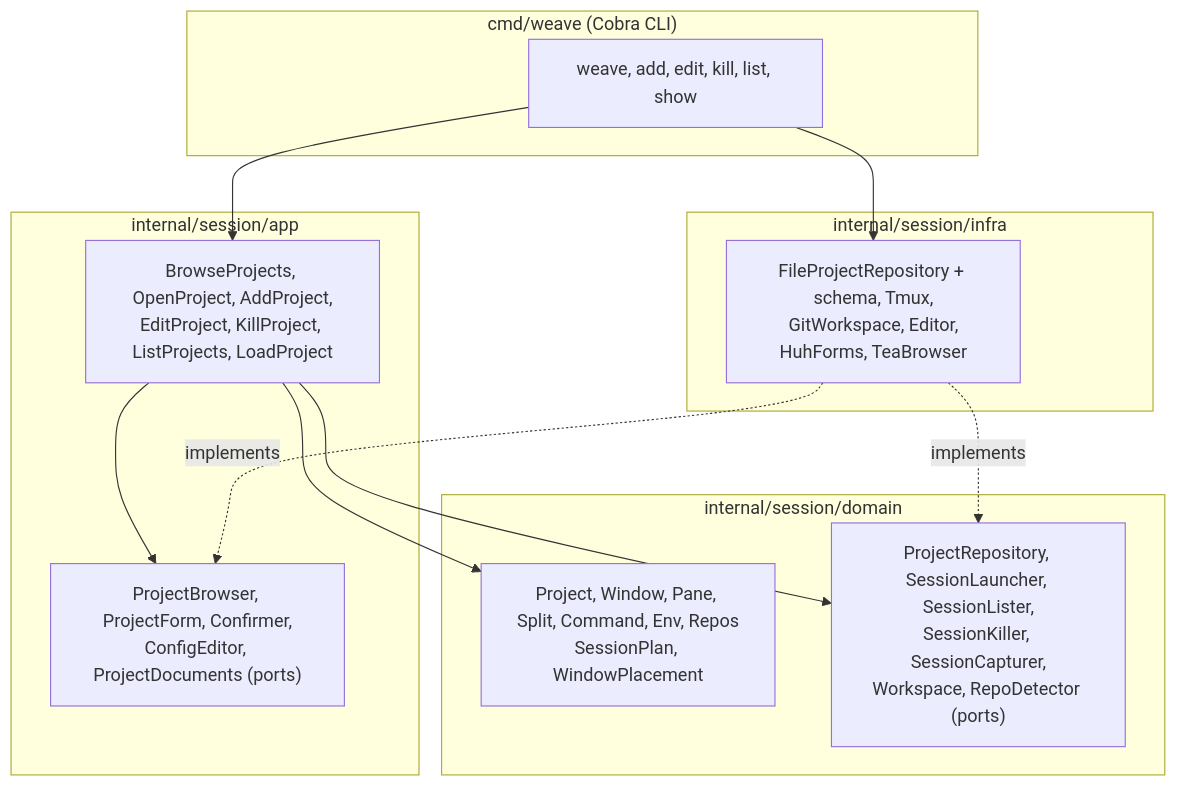
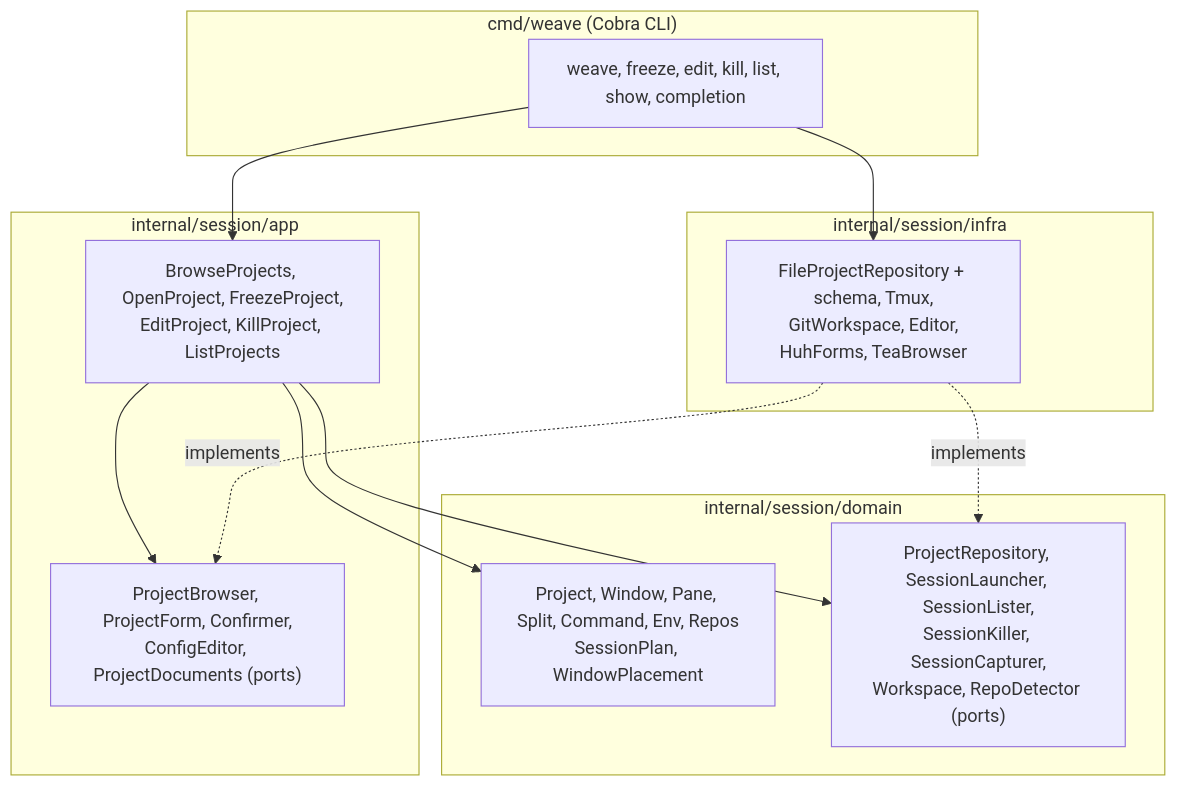
Before and after one commit to medilies/weaver: the diagram in README.md, drawn with Mermaid. The commit also changed other lines of this file and 9 other files, not shown here.

First line of the commit message:
feat(session)!: freeze from the browser with f, as weave freeze does

````diff
--- a/README.md
+++ b/README.md
@@ -200,25 +200,25 @@
 ```mermaid
 graph TD
     subgraph cmd["cmd/weave (Cobra CLI)"]
-        CLI["weave, add, edit, kill, list, show"]
+        CLI["weave, freeze, edit, kill, list, show, completion"]
     end
     subgraph app["internal/session/app"]
-        UC["BrowseProjects, OpenProject, AddProject,<br/>EditProject, KillProject, ListProjects, LoadProject"]
+        UC["BrowseProjects, OpenProject, FreezeProject,<br/>EditProject, KillProject, ListProjects"]
         AP["ProjectBrowser, ProjectForm, Confirmer,<br/>ConfigEditor, ProjectDocuments (ports)"]
     end
     subgraph domain["internal/session/domain"]
         M["Project, Window, Pane, Split, Command, Env, Repos<br/>SessionPlan, WindowPlacement"]
         DP["ProjectRepository, SessionLauncher, SessionLister,<br/>SessionKiller, SessionCapturer,<br/>Workspace, RepoDetector (ports)"]
     end
     subgraph infra["internal/session/infra"]
         A["FileProjectRepository + schema, Tmux,<br/>GitWorkspace, Editor,<br/>HuhForms, TeaBrowser"]
     end
 
     CLI --> UC
     CLI --> A
     UC --> M
     UC --> DP
     UC --> AP
     A -.implements.-> DP
     A -.implements.-> AP
 ```
````
